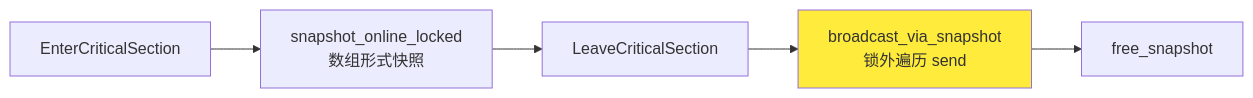
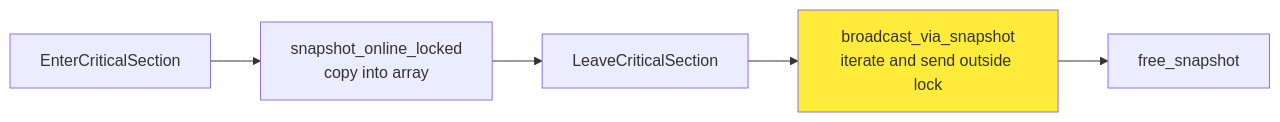
Before and after one commit to anjuxi/simple_chat_room: the third of 3 diagrams in README.md, drawn with Mermaid. The commit also changed other lines of this file, not shown here.

````diff
--- a/README.md
+++ b/README.md
@@ -197,8 +199,8 @@
 ```mermaid
 flowchart LR
-    A[EnterCriticalSection] --> B[snapshot_online_locked<br/>数组形式快照]
+    A[EnterCriticalSection] --> B[snapshot_online_locked<br/>copy into array]
     B --> C[LeaveCriticalSection]
-    C --> D[broadcast_via_snapshot<br/>锁外遍历 send]
+    C --> D[broadcast_via_snapshot<br/>iterate and send outside lock]
     D --> E[free_snapshot]
     style D fill:#FFEB3B
 ```
````
